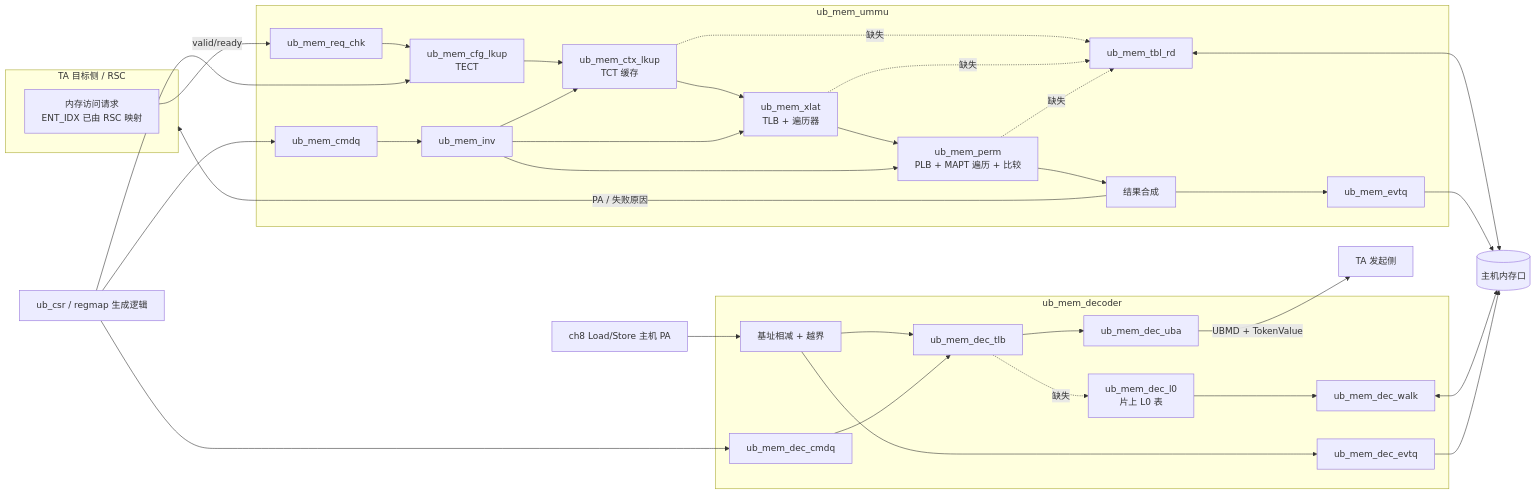
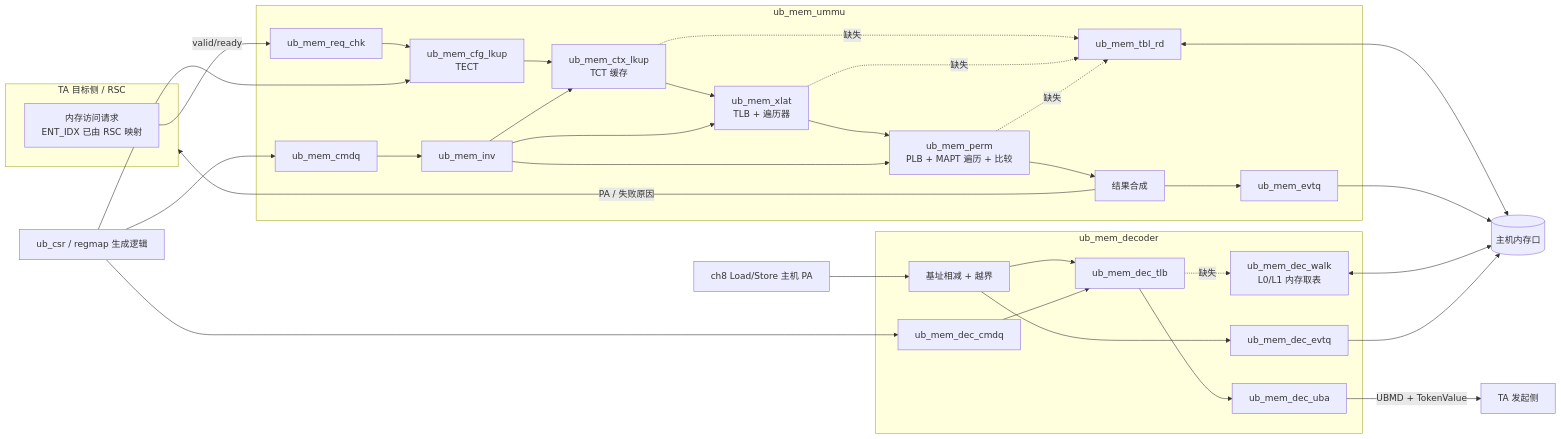
One commit to lukebest/Vibe-UB changed the diagram in docs/arch/mem/UARCH.md. Above: the diagram before and after it, drawn with Mermaid. The commit also changed other lines of this file, not shown here.

First line of the commit message:
docs(mem): UARCH 按 C-D1 去片上 L0、内存取表转正、2MB/AD 暂缓 (#46)

````diff
--- a/docs/arch/mem/UARCH.md
+++ b/docs/arch/mem/UARCH.md
@@ -29,48 +29,47 @@
 ```mermaid
 flowchart LR
   subgraph TA_HOME [TA 目标侧 / RSC]
     REQ[内存访问请求<br/>ENT_IDX 已由 RSC 映射]
   end
   subgraph UMMU [ub_mem_ummu]
     RC[ub_mem_req_chk]
     CFG[ub_mem_cfg_lkup<br/>TECT]
     CTX[ub_mem_ctx_lkup<br/>TCT 缓存]
     XL[ub_mem_xlat<br/>TLB + 遍历器]
     PM[ub_mem_perm<br/>PLB + MAPT 遍历 + 比较]
     RSP[结果合成]
     INV[ub_mem_inv]
     CQ[ub_mem_cmdq]
     EQ[ub_mem_evtq]
     TR[ub_mem_tbl_rd]
   end
   subgraph DEC [ub_mem_decoder]
     DS[基址相减 + 越界]
     DT[ub_mem_dec_tlb]
-    DL0[ub_mem_dec_l0<br/>片上 L0 表]
-    DW[ub_mem_dec_walk]
+    DW[ub_mem_dec_walk<br/>L0/L1 内存取表]
     DU[ub_mem_dec_uba]
     DCQ[ub_mem_dec_cmdq]
     DEQ[ub_mem_dec_evtq]
   end
   CSR[ub_csr / regmap 生成逻辑]
   MEM[(主机内存口)]
 
   REQ -->|valid/ready| RC --> CFG --> CTX --> XL --> PM --> RSP -->|PA / 失败原因| TA_HOME
   CTX -. 缺失 .-> TR
   XL -. 缺失 .-> TR
   PM -. 缺失 .-> TR
   TR <--> MEM
   CQ --> INV --> CTX
   INV --> XL
   INV --> PM
   RSP --> EQ --> MEM
   CSR --> CFG
   CSR --> CQ
   CSR --> DCQ
 
   LS[ch8 Load/Store 主机 PA] --> DS --> DT --> DU -->|UBMD + TokenValue| TA_USER[TA 发起侧]
-  DT -. 缺失 .-> DL0 --> DW
+  DT -. 缺失 .-> DW
   DW <--> MEM
   DCQ --> DT
   DS --> DEQ --> MEM
 ```
````
